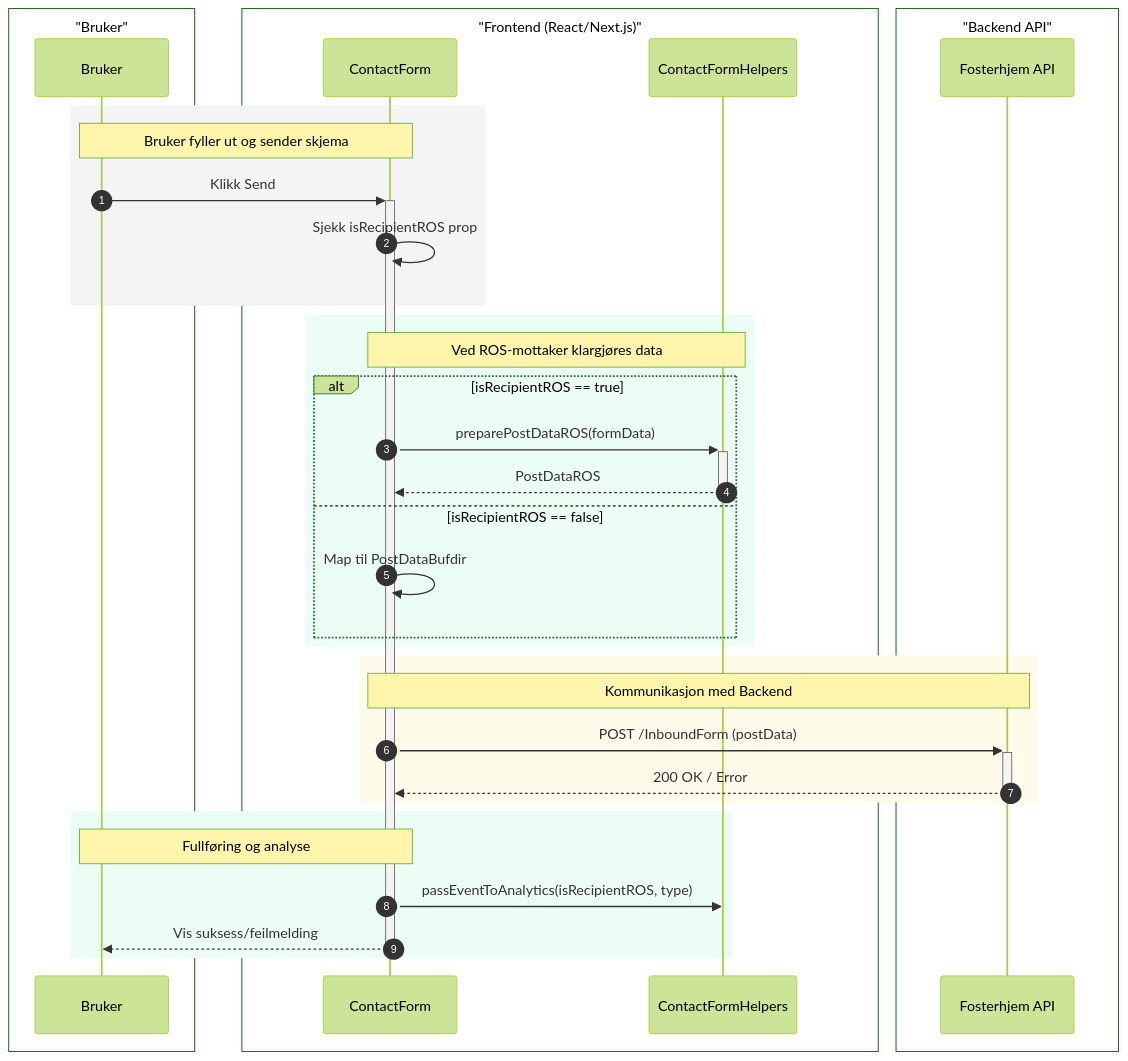
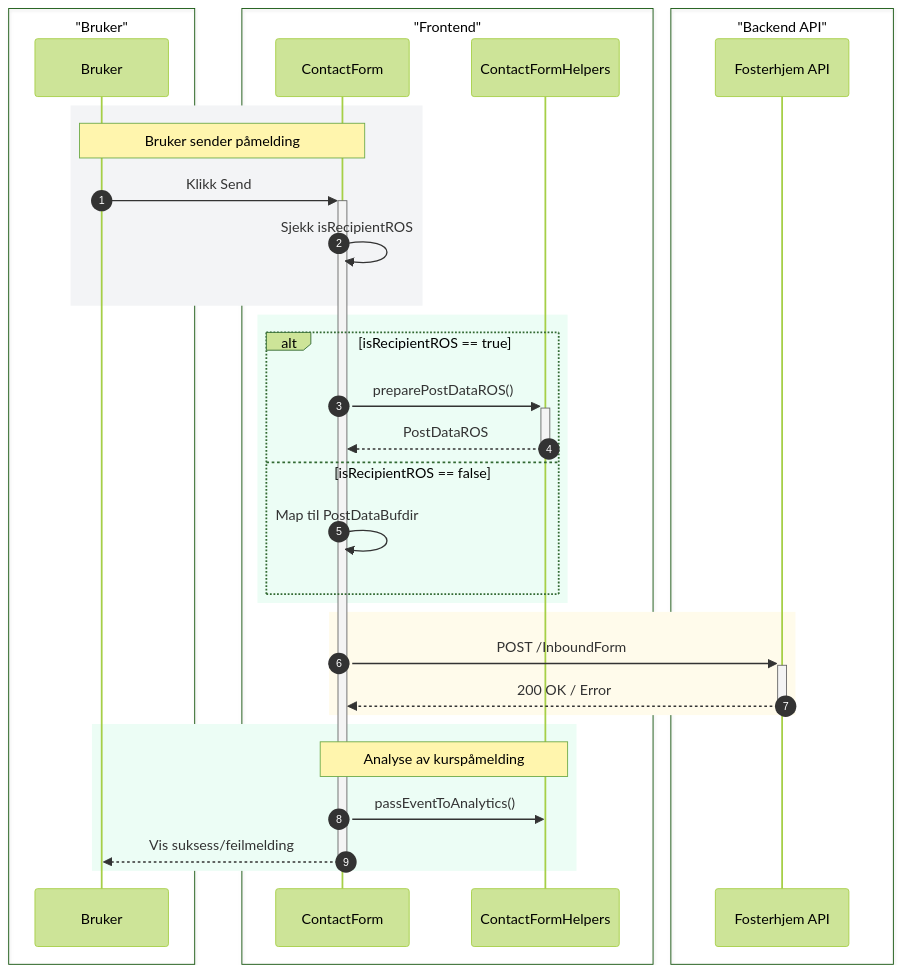
One commit to Bufdir/bufDocs changed the third of 5 diagrams in Bufdir.no/Architecture/ros-integrasjon.md. Above: the diagram before and after it, drawn with Mermaid (forest theme). The commit also changed other lines of this file, not shown here.

First line of the commit message:
Enhance ROS integration documentation with detailed functionality and workflow breakdown

````diff
--- a/Bufdir.no/Architecture/ros-integrasjon.md
+++ b/Bufdir.no/Architecture/ros-integrasjon.md
@@ -144,48 +187,46 @@
 ```mermaid
 sequenceDiagram
     autonumber
     
     participant U as Bruker
     participant CF as ContactForm
     participant CH as ContactFormHelpers
     participant API as Fosterhjem API
 
     box "Bruker"
         participant U
     end
-    box "Frontend (React/Next.js)"
+    box "Frontend"
         participant CF
         participant CH
     end
     box "Backend API"
         participant API
     end
 
     rect rgb(243, 244, 246)
-        Note over U, CF: Bruker fyller ut og sender skjema
+        Note over U, CF: Bruker sender påmelding
         U->>+CF: Klikk Send
-        CF->>CF: Sjekk isRecipientROS prop
+        CF->>CF: Sjekk isRecipientROS
     end
     
     rect rgb(236, 253, 245)
-    Note over CF, CH: Ved ROS-mottaker klargjøres data
         alt isRecipientROS == true
-            CF->>+CH: preparePostDataROS(formData)
+            CF->>+CH: preparePostDataROS()
             CH-->>-CF: PostDataROS
         else isRecipientROS == false
             CF->>CF: Map til PostDataBufdir
         end
     end
     
     rect rgb(255, 251, 235)
-    Note over CF, API: Kommunikasjon med Backend
-        CF->>+API: POST /InboundForm (postData)
+        CF->>+API: POST /InboundForm
         API-->>-CF: 200 OK / Error
     end
     
     rect rgb(236, 253, 245)
-    Note over CF, U: Fullføring og analyse
-        CF->>CH: passEventToAnalytics(isRecipientROS, type)
+        Note over CF, CH: Analyse av kurspåmelding
+        CF->>CH: passEventToAnalytics()
         CF-->>-U: Vis suksess/feilmelding
     end
 ```
````
